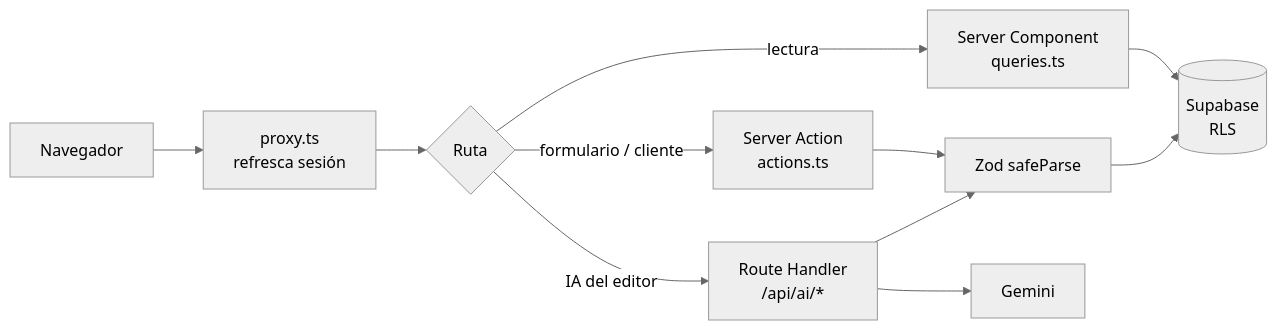
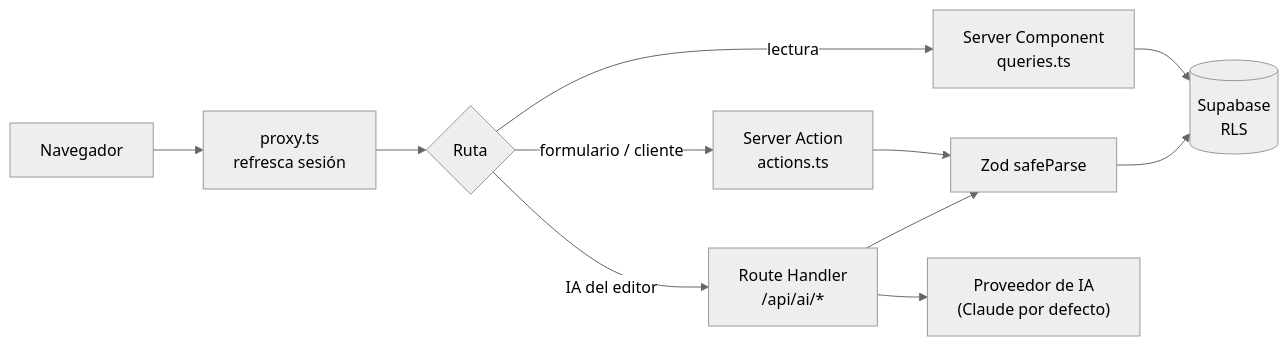
One commit to dylan-tovar/blog-ia changed the first of 3 diagrams in docs/architecture/overview.md. Above: the diagram before and after it, drawn with Mermaid (neutral theme). The commit also changed other lines of this file and 2 other files, not shown here.

First line of the commit message:
docs(architecture): reflect route rename, notifications and discovery

````diff
--- a/docs/architecture/overview.md
+++ b/docs/architecture/overview.md
@@ -109,13 +116,13 @@
 ```mermaid
 flowchart LR
   B[Navegador] --> P[proxy.ts<br/>refresca sesión]
   P --> R{Ruta}
   R -->|lectura| SC[Server Component<br/>queries.ts]
   R -->|formulario / cliente| SA[Server Action<br/>actions.ts]
   R -->|IA del editor| RH[Route Handler<br/>/api/ai/*]
   SA --> Z[Zod safeParse]
   RH --> Z
   Z --> S[(Supabase<br/>RLS)]
   SC --> S
-  RH --> G[Gemini]
+  RH --> G["Proveedor de IA<br/>(Claude por defecto)"]
 ```
````
